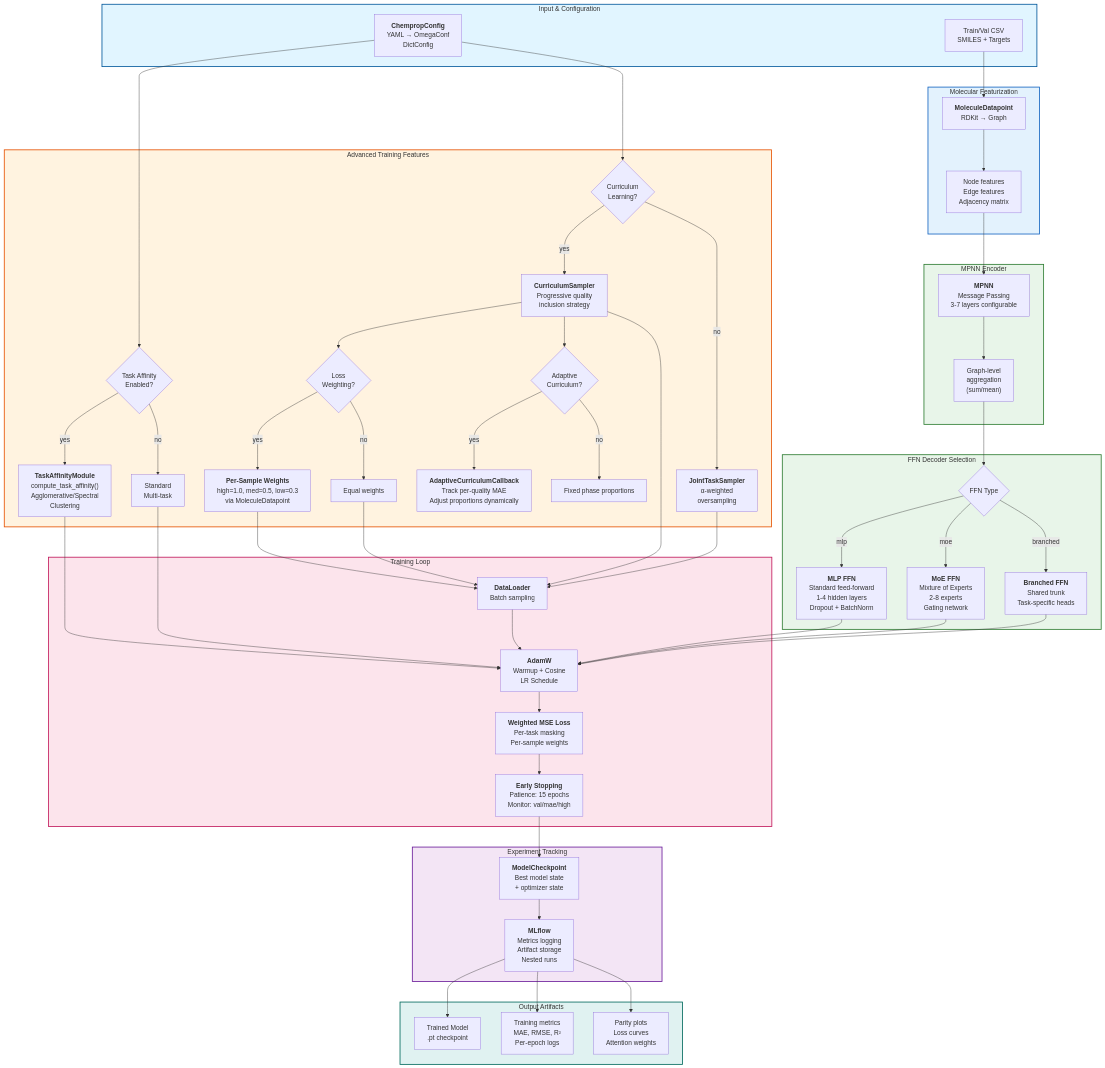
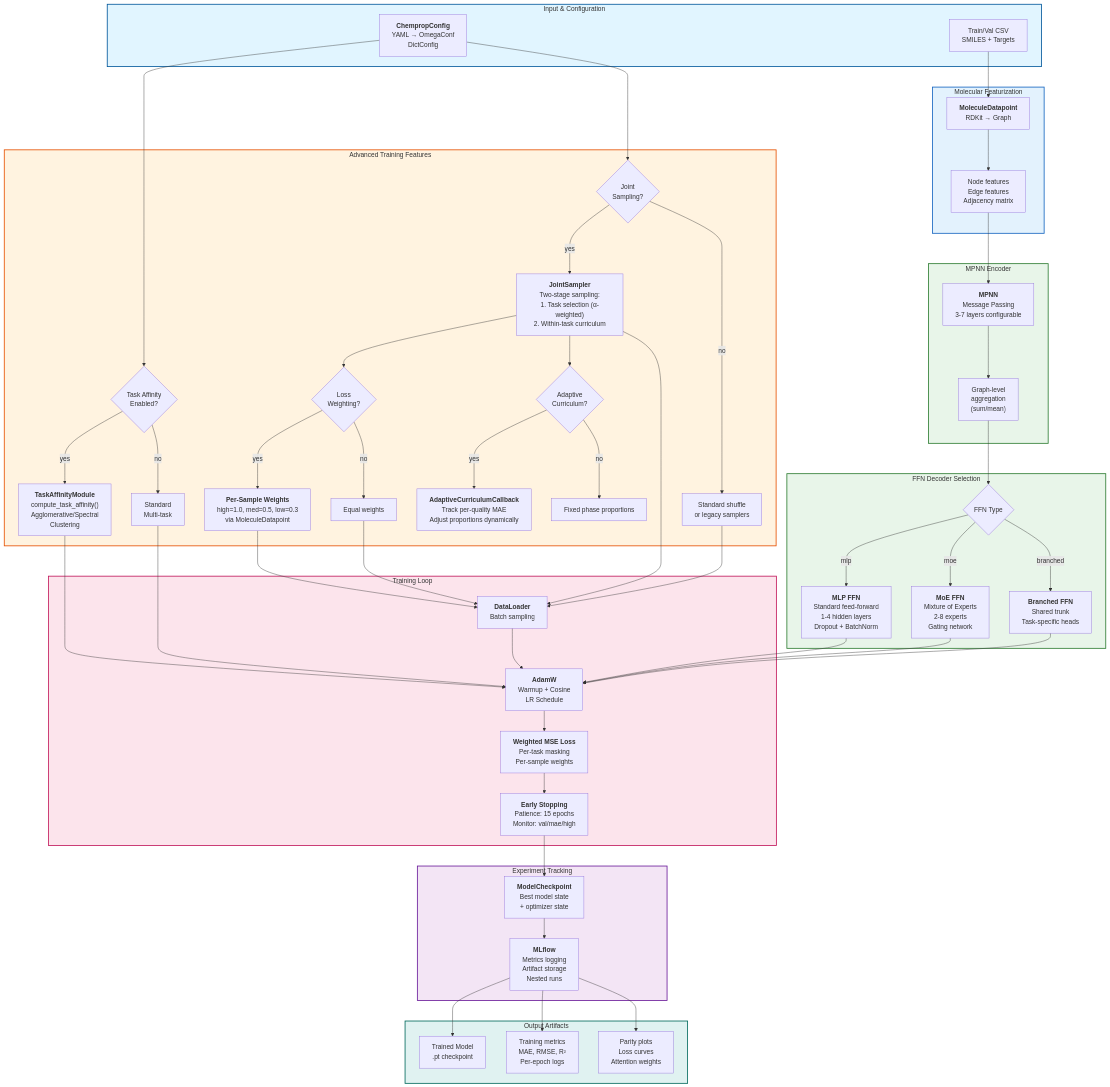
Before and after one commit to alec-glisman/OpenADMET-ExpansionRx-Blind-Challenge: the fourth of 8 diagrams in README.md, drawn with Mermaid. The commit also changed other lines of this file and 13 other files, not shown here.

First line of the commit message:
docs: Implement Joint Sampling for unified task-aware oversampling and curriculum learning

````diff
--- a/README.md
+++ b/README.md
@@ -277,72 +280,72 @@
 ```mermaid
 flowchart TB
     subgraph Input["Input & Configuration"]
         Config["<b>ChempropConfig</b><br/>YAML → OmegaConf<br/>DictConfig"]
         Data["Train/Val CSV<br/>SMILES + Targets"]
     end
 
     subgraph Featurization["Molecular Featurization"]
         Data --> MolGraph["<b>MoleculeDatapoint</b><br/>RDKit → Graph"]
         MolGraph --> Features["Node features<br/>Edge features<br/>Adjacency matrix"]
     end
 
     subgraph Encoder["MPNN Encoder"]
         Features --> MPNN["<b>MPNN</b><br/>Message Passing<br/>3-7 layers configurable"]
         MPNN --> Aggregation["Graph-level<br/>aggregation<br/>(sum/mean)"]
     end
 
     subgraph Decoder["FFN Decoder Selection"]
         Aggregation --> FFNChoice{"FFN Type"}
         FFNChoice -->|mlp| MLP["<b>MLP FFN</b><br/>Standard feed-forward<br/>1-4 hidden layers<br/>Dropout + BatchNorm"]
         FFNChoice -->|moe| MoE["<b>MoE FFN</b><br/>Mixture of Experts<br/>2-8 experts<br/>Gating network"]
         FFNChoice -->|branched| Branched["<b>Branched FFN</b><br/>Shared trunk<br/>Task-specific heads"]
     end
 
     subgraph Advanced["Advanced Training Features"]
         Config --> TaskAff{"Task Affinity<br/>Enabled?"}
         TaskAff -->|yes| TAModule["<b>TaskAffinityModule</b><br/>compute_task_affinity()<br/>Agglomerative/Spectral<br/>Clustering"]
         TaskAff -->|no| Standard["Standard<br/>Multi-task"]
 
-        Config --> Curriculum{"Curriculum<br/>Learning?"}
-        Curriculum -->|yes| CurrSampler["<b>CurriculumSampler</b><br/>Progressive quality<br/>inclusion strategy"]
-        Curriculum -->|no| JointSampler["<b>JointTaskSampler</b><br/>α-weighted<br/>oversampling"]
+        Config --> JointSamp{"Joint<br/>Sampling?"}
+        JointSamp -->|yes| JointSampler["<b>JointSampler</b><br/>Two-stage sampling:<br/>1. Task selection (α-weighted)<br/>2. Within-task curriculum"]
+        JointSamp -->|no| StandardShuffle["Standard shuffle<br/>or legacy samplers"]
 
-        CurrSampler --> LossWeight{"Loss<br/>Weighting?"}
+        JointSampler --> LossWeight{"Loss<br/>Weighting?"}
         LossWeight -->|yes| PerSampleW["<b>Per-Sample Weights</b><br/>high=1.0, med=0.5, low=0.3<br/>via MoleculeDatapoint"]
         LossWeight -->|no| EqualWeight["Equal weights"]
 
-        CurrSampler --> Adaptive{"Adaptive<br/>Curriculum?"}
+        JointSampler --> Adaptive{"Adaptive<br/>Curriculum?"}
         Adaptive -->|yes| AdaptiveCallback["<b>AdaptiveCurriculumCallback</b><br/>Track per-quality MAE<br/>Adjust proportions dynamically"]
         Adaptive -->|no| FixedPhases["Fixed phase proportions"]
     end
 
     subgraph Training["Training Loop"]
         MLP & MoE & Branched --> Optimizer["<b>AdamW</b><br/>Warmup + Cosine<br/>LR Schedule"]
         TAModule & Standard --> Optimizer
-        CurrSampler & JointSampler --> Loader["<b>DataLoader</b><br/>Batch sampling"]
+        JointSampler & StandardShuffle --> Loader["<b>DataLoader</b><br/>Batch sampling"]
         PerSampleW & EqualWeight --> Loader
         Loader --> Optimizer
         Optimizer --> Loss["<b>Weighted MSE Loss</b><br/>Per-task masking<br/>Per-sample weights"]
         Loss --> EarlyStopping["<b>Early Stopping</b><br/>Patience: 15 epochs<br/>Monitor: val/mae/high"]
     end
 
     subgraph Tracking["Experiment Tracking"]
         EarlyStopping --> Checkpoint["<b>ModelCheckpoint</b><br/>Best model state<br/>+ optimizer state"]
         Checkpoint --> MLflow["<b>MLflow</b><br/>Metrics logging<br/>Artifact storage<br/>Nested runs"]
     end
 
     subgraph Output["Output Artifacts"]
         MLflow --> TrainedModel["Trained Model<br/>.pt checkpoint"]
         MLflow --> Metrics["Training metrics<br/>MAE, RMSE, R²<br/>Per-epoch logs"]
         MLflow --> Plots["Parity plots<br/>Loss curves<br/>Attention weights"]
     end
 
     style Input fill:#e1f5ff,stroke:#01579b,stroke-width:2px
     style Featurization fill:#e3f2fd,stroke:#1565c0,stroke-width:2px
     style Encoder fill:#e8f5e9,stroke:#2e7d32,stroke-width:2px
     style Decoder fill:#e8f5e9,stroke:#2e7d32,stroke-width:2px
     style Advanced fill:#fff3e0,stroke:#e65100,stroke-width:2px
     style Training fill:#fce4ec,stroke:#c2185b,stroke-width:2px
     style Tracking fill:#f3e5f5,stroke:#6a1b9a,stroke-width:2px
     style Output fill:#e0f2f1,stroke:#00695c,stroke-width:2px
 ```
````
